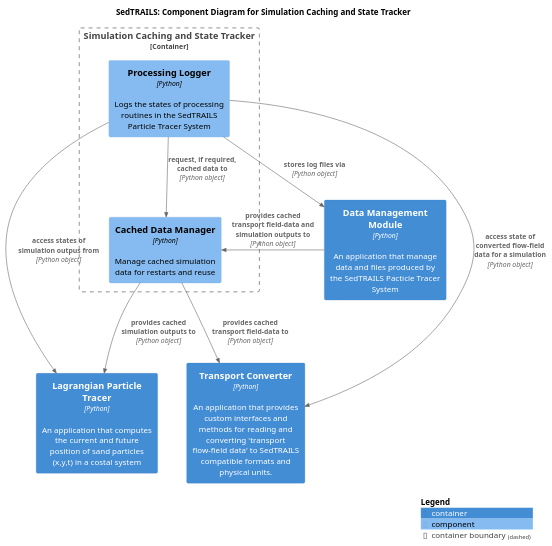
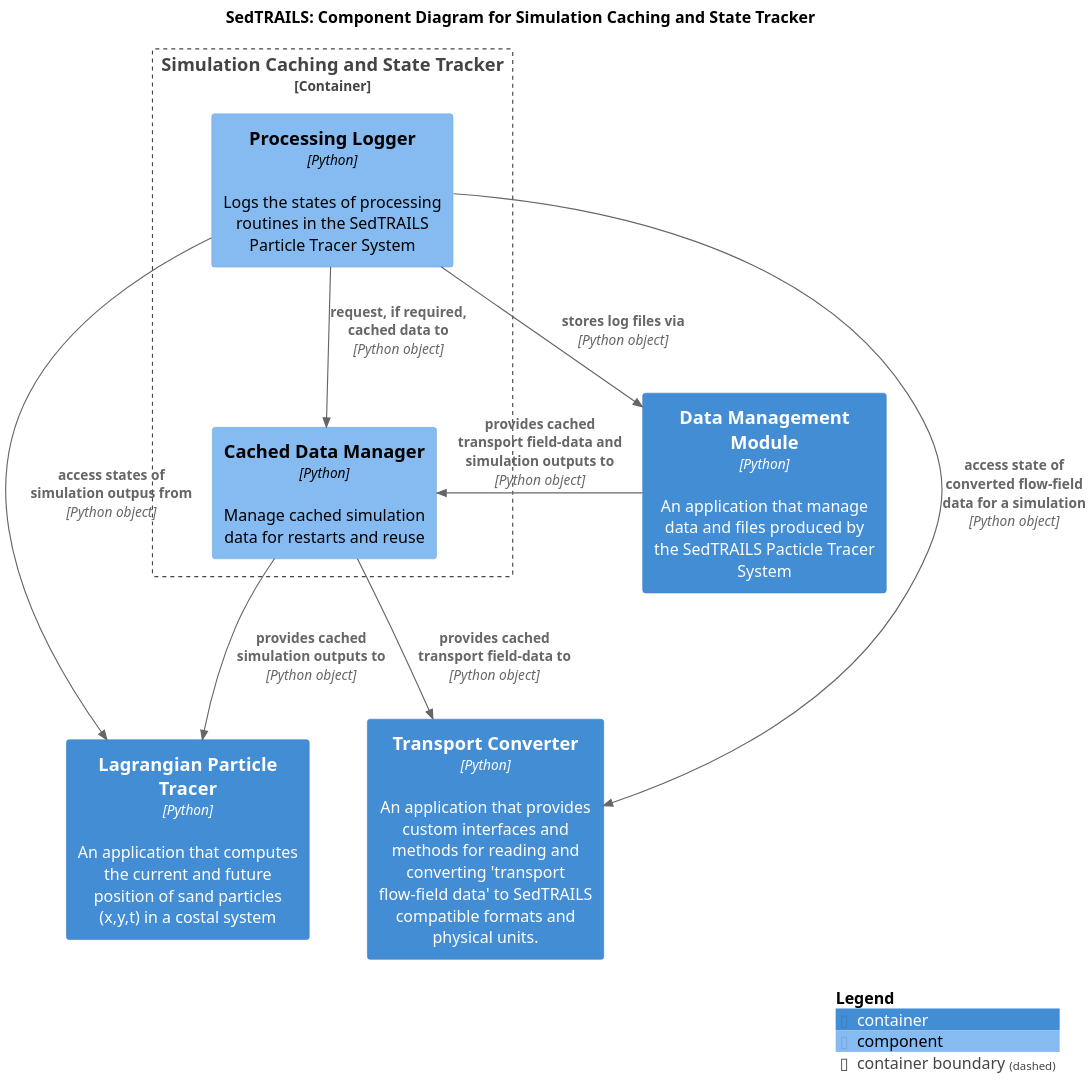
The diagram in diagrams/componets-cache-app.puml (sgpearson17/sedtrails-sgp), drawn with PlantUML before and after one commit. The commit also changed 5 other files, not shown here.

```diff
--- a/diagrams/componets-cache-app.puml
+++ b/diagrams/componets-cache-app.puml
@@ -1,30 +1,30 @@
-@startuml SedtrailComponentsConverter
+@startuml SedtrailComponentsCache
 !include ./c4/C4_Component.puml
 
 ' LAYOUT_LANDSCAPE()
 
 title SedTRAILS: Component Diagram for Simulation Caching and State Tracker
-scale 1
+scale 2
 
 Container(sedtrailsTracer, "Lagrangian Particle Tracer", "Python", "An application that computes the current and future position of sand particles (x,y,t) in a costal system")
 
 Container(dataManager, "Data Management Module", "Python", "An application that manage data and files produced by the SedTRAILS Pacticle Tracer System")
 
 Container(transportConverter, "Transport Converter", "Python", "An application that provides custom interfaces and methods for reading and converting 'transport flow-field data' to SedTRAILS compatible formats and physical units.")
 
 Container_Boundary(cache, "Simulation Caching and State Tracker", "Python", "Tracks simulation state and recovers simulation outputs to allow restarts, and reusing simulation inputs and outputs"){
     Component(logger, "Processing Logger", "Python", "Logs the states of processing routines in the SedTRAILS Particle Tracer System")
     Component(cacheData, "Cached Data Manager", "Python", "Manage cached simulation data for restarts and reuse")
 }
 
 Rel(logger, transportConverter, "access state of converted flow-field data for a simulation", "Python object")
 Rel(logger, sedtrailsTracer, "access states of simulation outpus from", "Python object")
 Rel(logger, cacheData , "request, if required, cached data to", "Python object")
 
 Rel(dataManager, cacheData, "provides cached transport field-data and simulation outputs to", "Python object")
 Rel(cacheData, transportConverter, "provides cached transport field-data to", "Python object")
 Rel(cacheData, sedtrailsTracer, "provides cached simulation outputs to", "Python object")
 Rel(logger, dataManager, "stores log files via", "Python object")
 
 SHOW_LEGEND()
 @enduml
```
